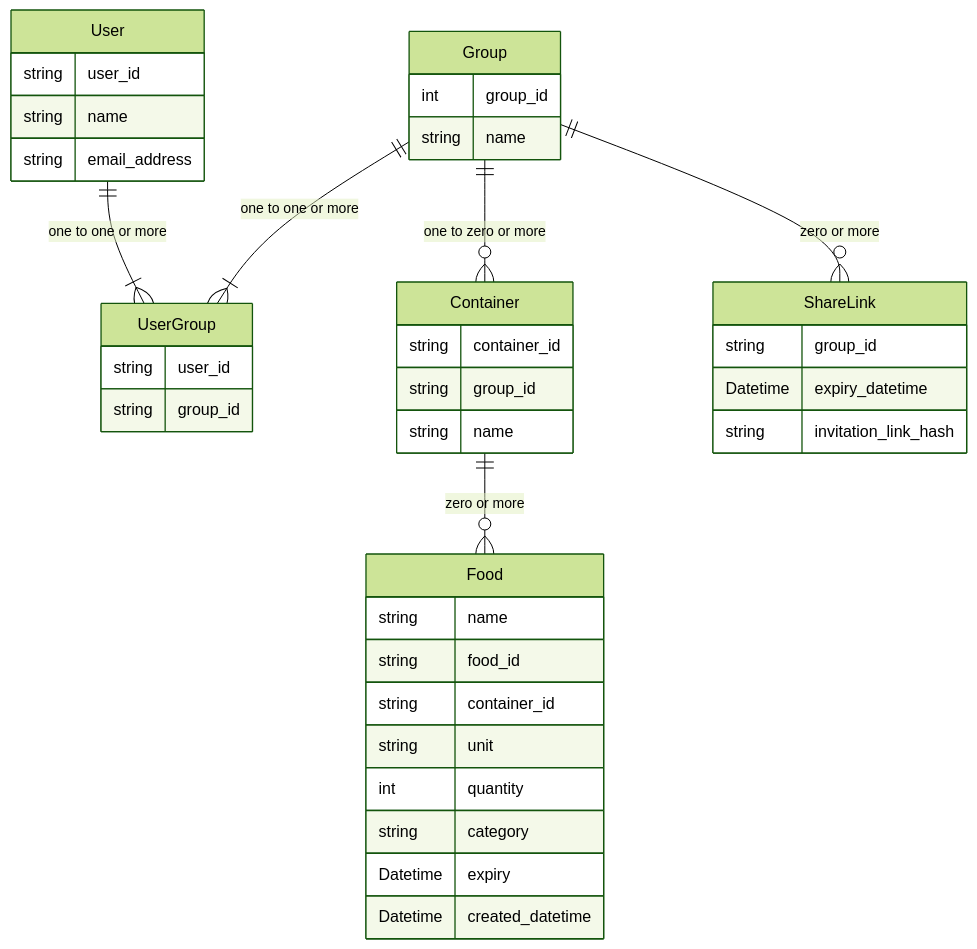
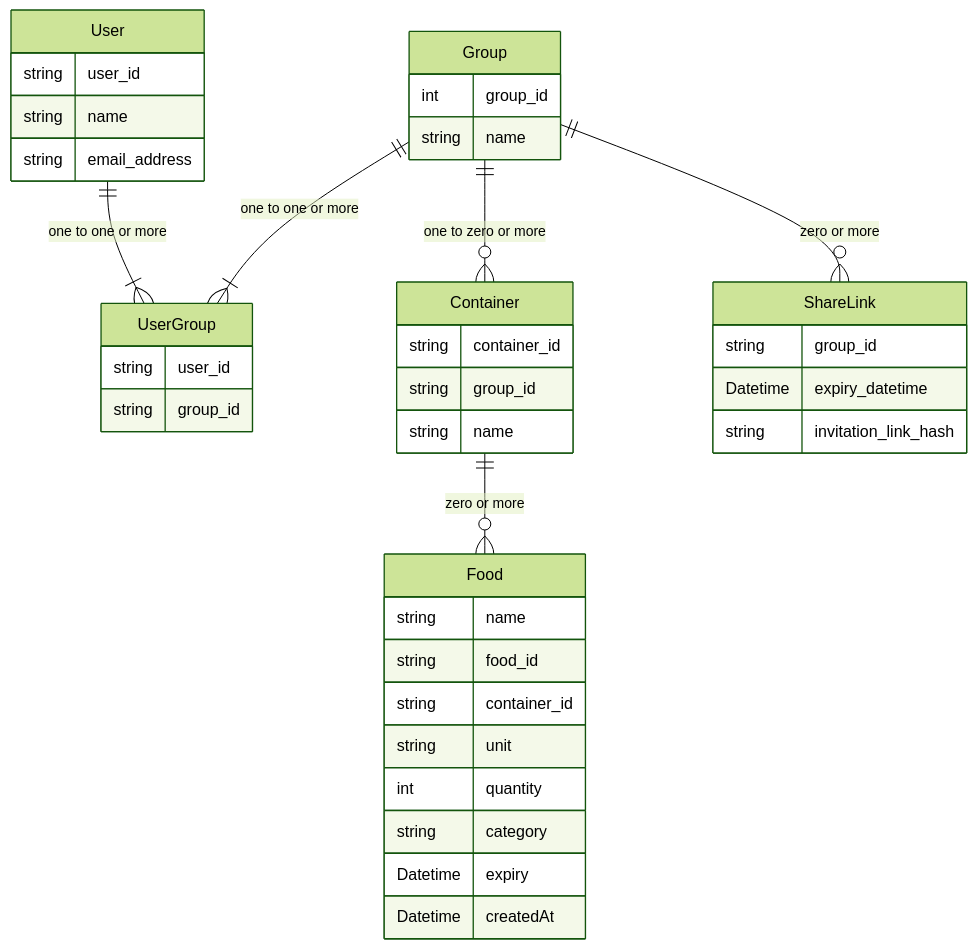
The diagram in project-document/docs/database/er-diagram.md (nishiki-tech/nishiki-documents), drawn with Mermaid (forest theme) before and after one commit. The commit also changed 2 other files, not shown here.

Commit message:
doc: add createdAt prop to Food Entity

````diff
--- a/project-document/docs/database/er-diagram.md
+++ b/project-document/docs/database/er-diagram.md
@@ -3,50 +3,50 @@
 ```mermaid
 erDiagram
 
 User {
     string user_id
     string name
     string email_address
 }
 
 UserGroup {
     string user_id
     string group_id
 }
 
 Group {
     int group_id
     string name
 }
 
 Container {
     string container_id
     string group_id
     string name
 }
 
 Food {
     string name
     string food_id
     string container_id
     string unit
     int quantity
     string category
     Datetime expiry
-    Datetime created_datetime
+    Datetime createdAt
 }
 
 ShareLink {
     string group_id
     Datetime expiry_datetime
     string invitation_link_hash
 }
 
 User || --|{ UserGroup : "one to one or more"
 Group ||--|{ UserGroup : "one to one or more"
 Group ||--o{ Container : "one to zero or more"
 Container ||--o{ Food : "zero or more"
 Group ||--o{ ShareLink : "zero or more"
 
 
 ```
````
